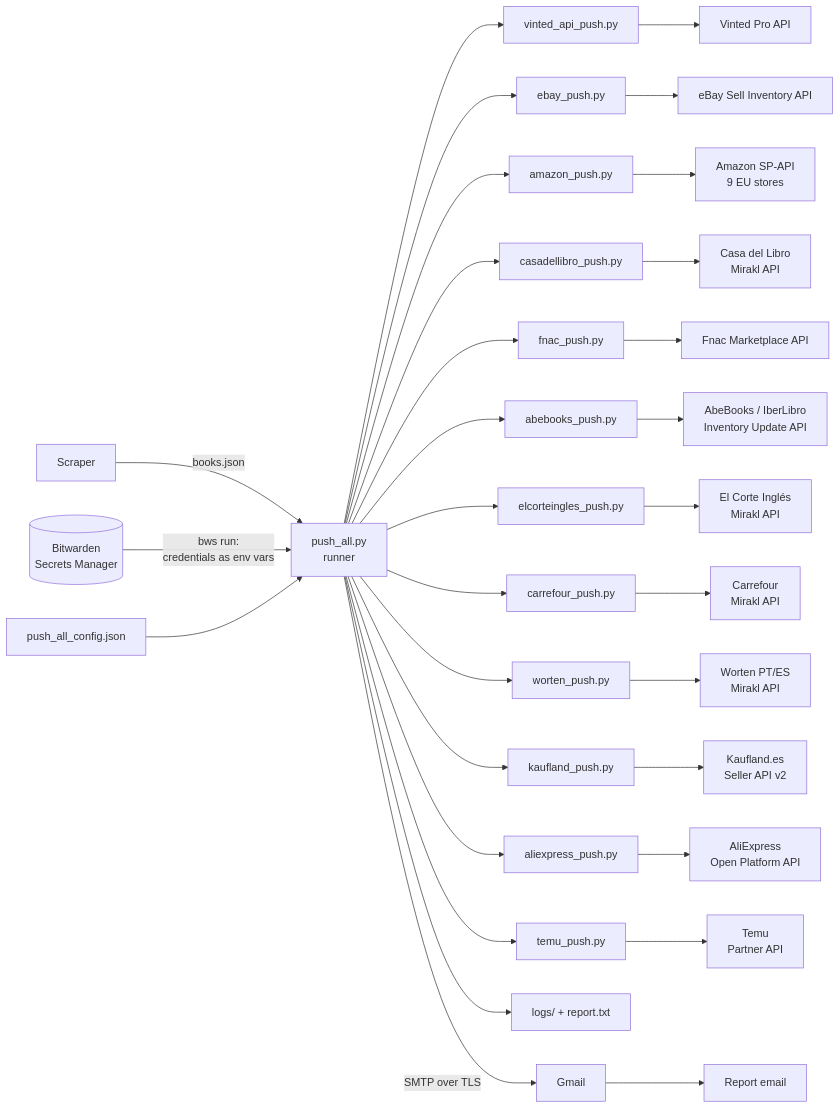
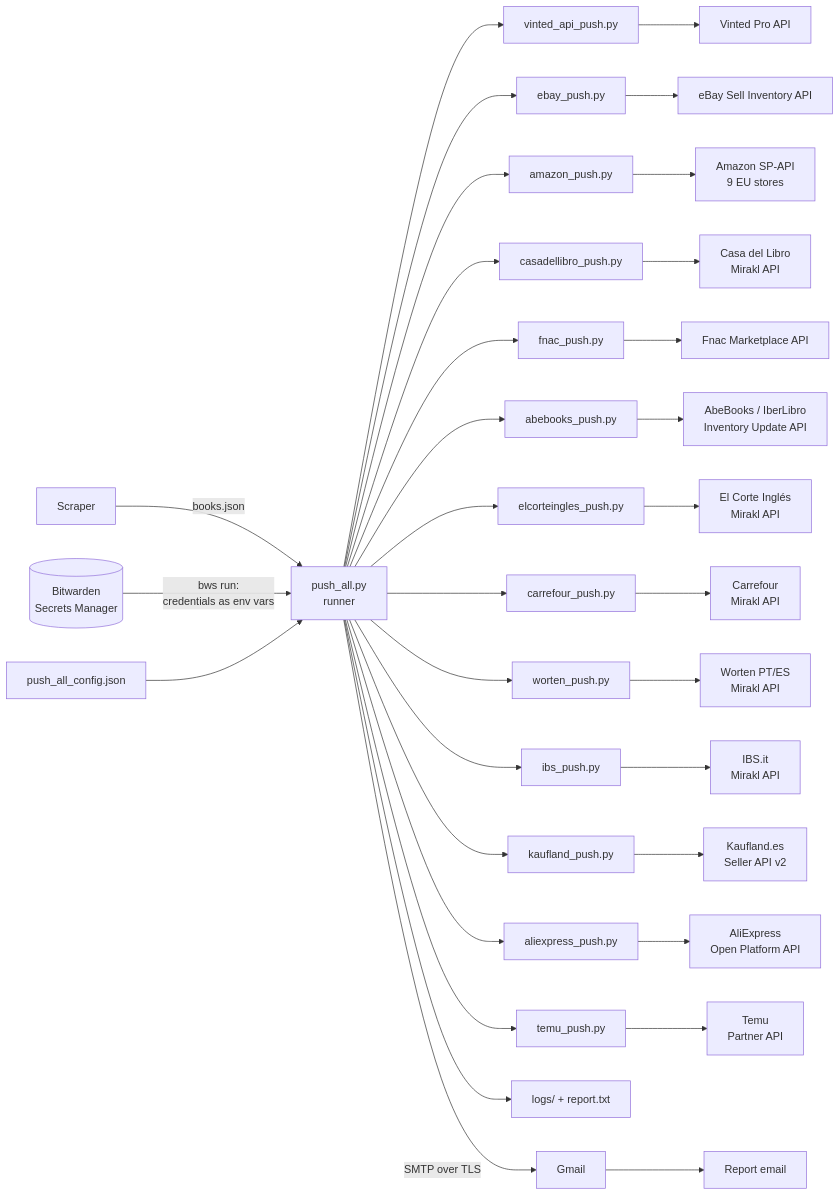
The diagram in docs/architecture.md (DavisGalla/products-api-push), drawn with Mermaid before and after one commit. The commit also changed other lines of this file and 13 other files, not shown here.

Commit message:
Add IBS.it (Mirakl) pusher; include it in push_all, docs, architecture and capabilities PDFs

````diff
--- a/docs/architecture.md
+++ b/docs/architecture.md
@@ -29,20 +29,21 @@
 ```mermaid
 flowchart LR
     S[Scraper] -->|books.json| R
     BW[(Bitwarden<br>Secrets Manager)] -->|bws run:<br>credentials as env vars| R
     C[push_all_config.json] --> R
     R[push_all.py<br>runner] --> V[vinted_api_push.py] --> VA[Vinted Pro API]
     R --> E[ebay_push.py] --> EA[eBay Sell Inventory API]
     R --> A[amazon_push.py] --> AA[Amazon SP-API<br>9 EU stores]
     R --> CL[casadellibro_push.py] --> CLA[Casa del Libro<br>Mirakl API]
     R --> F[fnac_push.py] --> FA[Fnac Marketplace API]
     R --> AB[abebooks_push.py] --> ABA[AbeBooks / IberLibro<br>Inventory Update API]
     R --> EC[elcorteingles_push.py] --> ECA[El Corte Inglés<br>Mirakl API]
     R --> CF[carrefour_push.py] --> CFA[Carrefour<br>Mirakl API]
     R --> W[worten_push.py] --> WA[Worten PT/ES<br>Mirakl API]
+    R --> IB[ibs_push.py] --> IBA[IBS.it<br>Mirakl API]
     R --> K[kaufland_push.py] --> KA[Kaufland.es<br>Seller API v2]
     R --> AE[aliexpress_push.py] --> AEA[AliExpress<br>Open Platform API]
     R --> TM[temu_push.py] --> TMA[Temu<br>Partner API]
     R --> L[logs/ + report.txt]
     R -->|SMTP over TLS| G[Gmail] --> M[Report email]
 ```
````
